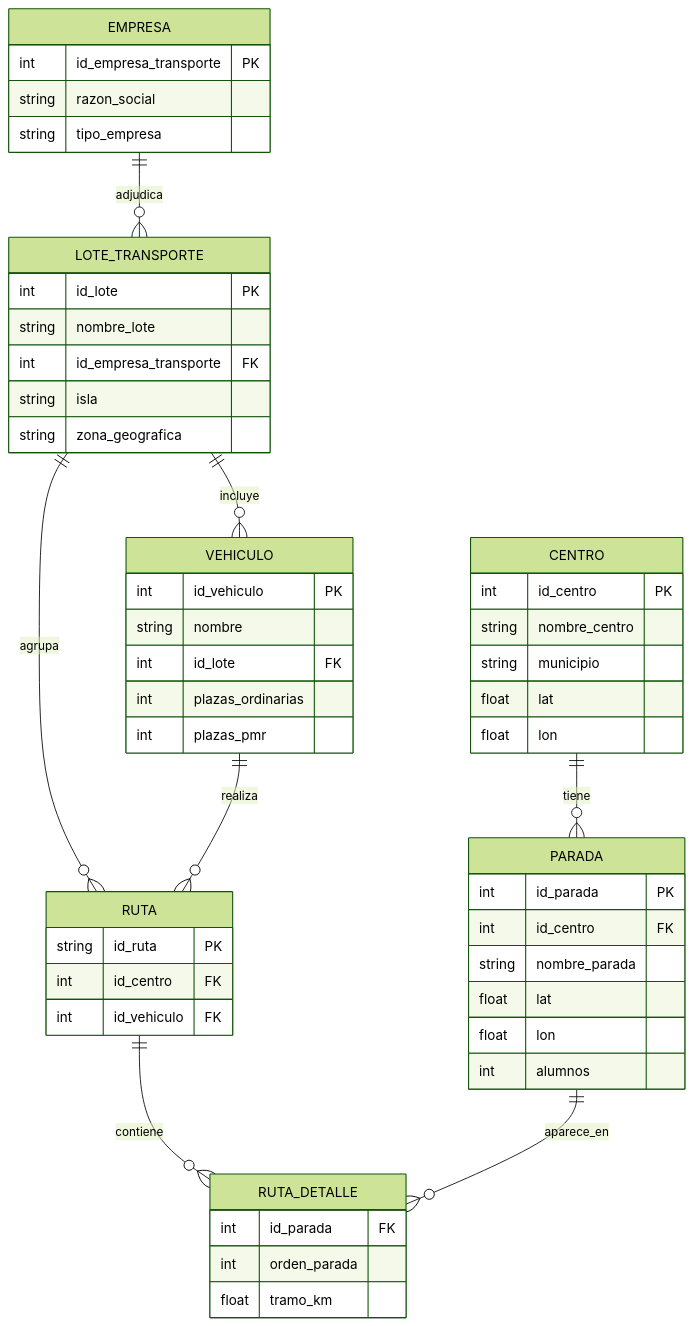
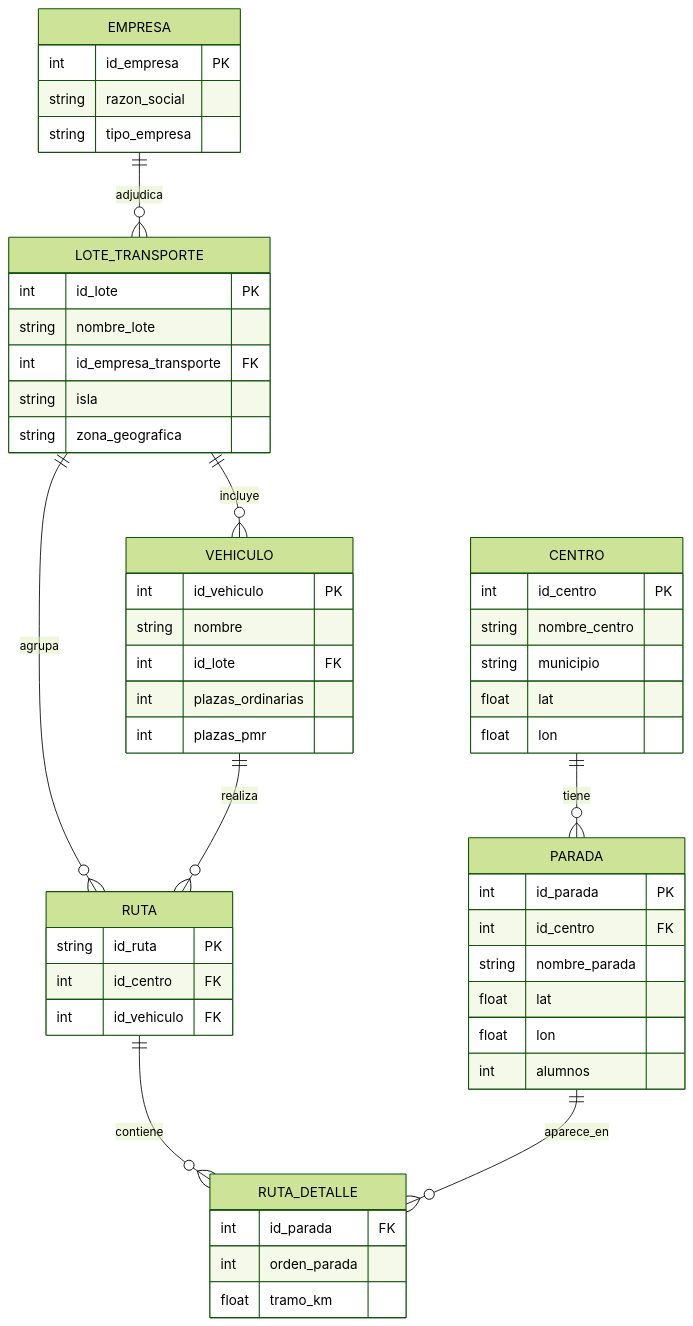
The diagram in dashboard.qmd (gdaguerre-dot/Transporte-escolar-vrp), drawn with Mermaid (forest theme) before and after one commit. The commit also changed other lines of this file, not shown here.

````diff
--- a/dashboard.qmd
+++ b/dashboard.qmd
@@ -173,55 +170,55 @@
 ```{mermaid}
 erDiagram
     EMPRESA ||--o{ LOTE_TRANSPORTE : adjudica
     LOTE_TRANSPORTE ||--o{ VEHICULO : incluye
     LOTE_TRANSPORTE ||--o{ RUTA : agrupa
     RUTA ||--o{ RUTA_DETALLE : contiene
     VEHICULO ||--o{ RUTA : realiza
     CENTRO ||--o{ PARADA : tiene
     PARADA ||--o{ RUTA_DETALLE : aparece_en
 
     EMPRESA {
-        int id_empresa_transporte PK
+        int id_empresa PK
         string razon_social
         string tipo_empresa
     }
     LOTE_TRANSPORTE {
         int id_lote PK
         string nombre_lote
         int id_empresa_transporte FK
         string isla
         string zona_geografica
     }
     VEHICULO {
         int id_vehiculo PK
         string nombre
         int id_lote FK
         int plazas_ordinarias
         int plazas_pmr
     }
     CENTRO {
         int id_centro PK
         string nombre_centro
         string municipio
         float lat
         float lon
     }
     PARADA {
         int id_parada PK
         int id_centro FK
         string nombre_parada
         float lat
         float lon
         int alumnos
     }
     RUTA {
         string id_ruta PK
         int id_centro FK
         int id_vehiculo FK
     }
     RUTA_DETALLE {
         int id_parada FK
         int orden_parada
         float tramo_km
     }
 ```
````
